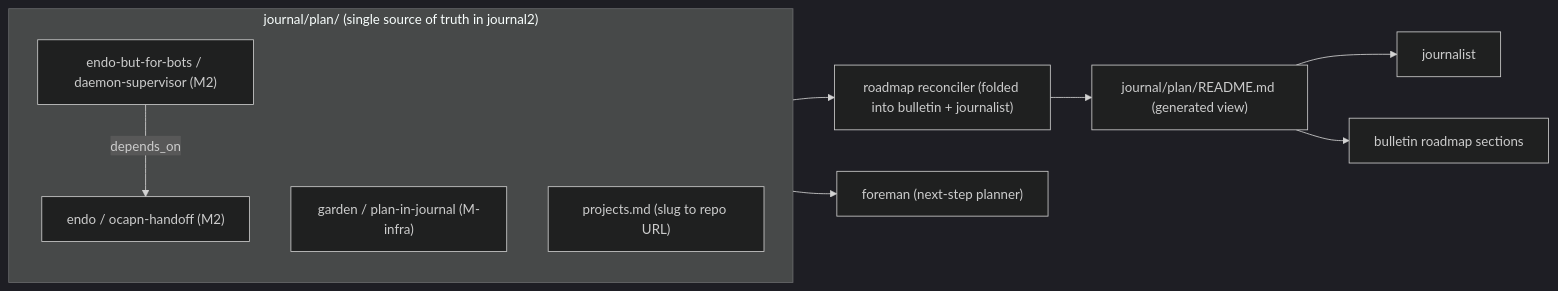
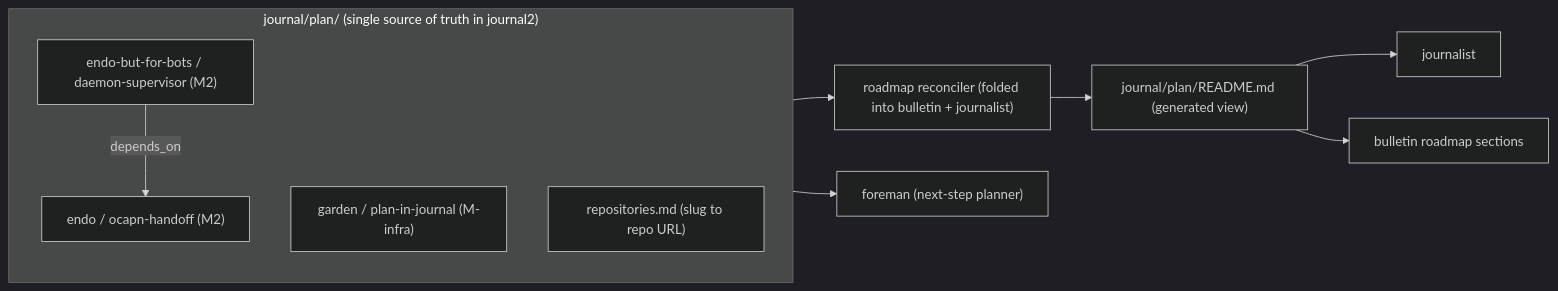
The first of 2 diagrams in designs/plan-in-journal.md (kriscendobot/garden), drawn with Mermaid (dark theme) before and after one commit. The commit also changed other lines of this file, not shown here.

````diff
--- a/designs/plan-in-journal.md
+++ b/designs/plan-in-journal.md
@@ -156,15 +157,15 @@
 ```mermaid
 flowchart LR
   subgraph records["journal/plan/ (single source of truth in journal2)"]
     A["endo-but-for-bots / daemon-supervisor (M2)"]
     B["endo / ocapn-handoff (M2)"]
     C["garden / plan-in-journal (M-infra)"]
-    M["projects.md (slug to repo URL)"]
+    M["repositories.md (slug to repo URL)"]
   end
   A -- depends_on --> B
   records --> R["roadmap reconciler (folded into bulletin + journalist)"]
   R --> V["journal/plan/README.md (generated view)"]
   V --> J["journalist"]
   V --> BU["bulletin roadmap sections"]
   records --> F["foreman (next-step planner)"]
 ```
````
